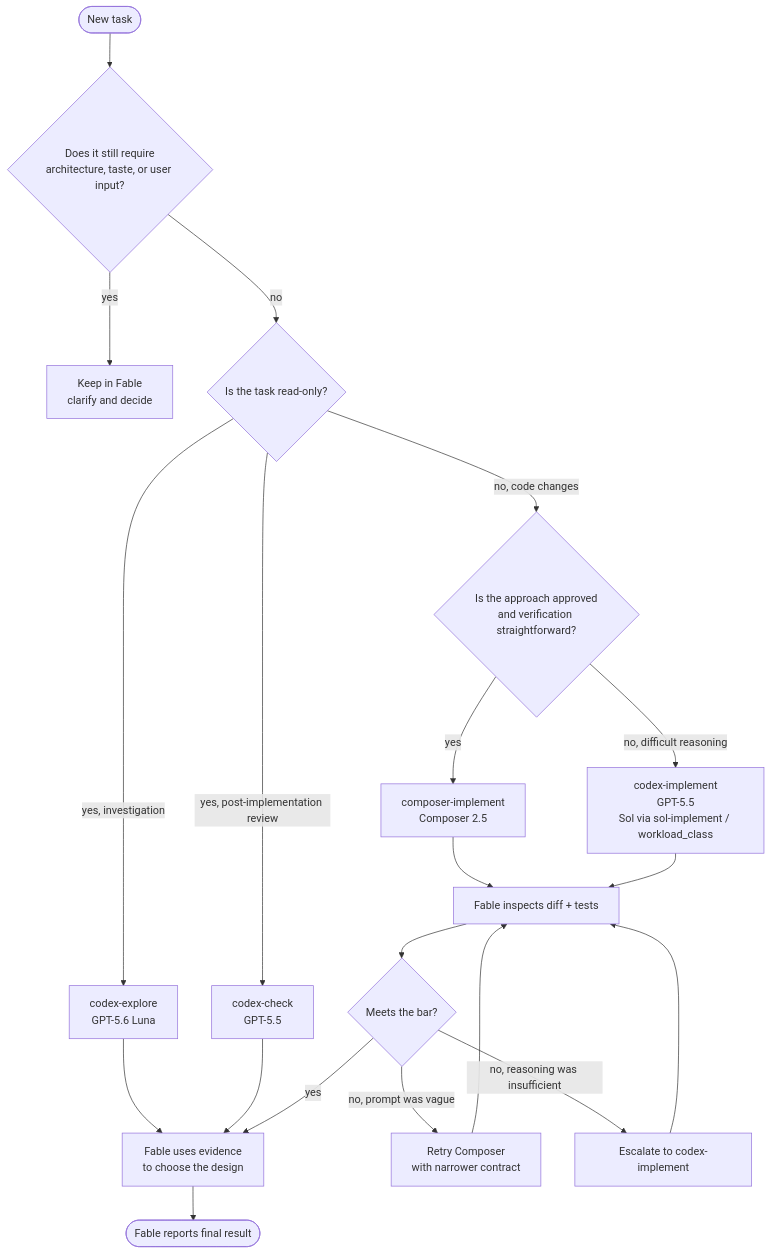
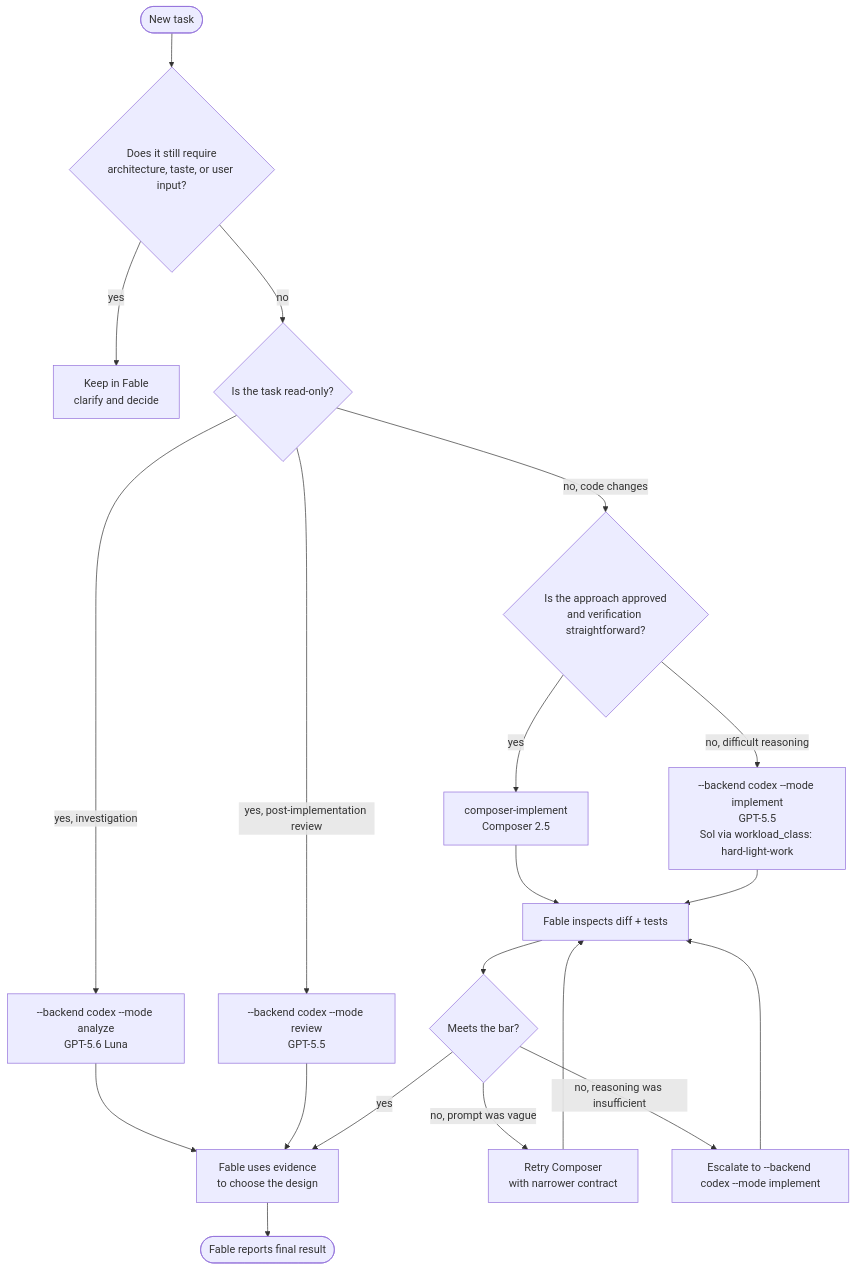
The third of 4 diagrams in docs/diagrams/mermaid.md (andysolomon/arc-orchestrator), drawn with Mermaid before and after one commit. The commit also changed other lines of this file and 55 other files, not shown here.

````diff
--- a/docs/diagrams/mermaid.md
+++ b/docs/diagrams/mermaid.md
@@ -70,26 +70,26 @@
 ```mermaid
 flowchart TD
     Start([New task]) --> Ambiguous{Does it still require<br/>architecture, taste, or user input?}
     Ambiguous -->|yes| Keep["Keep in Fable<br/>clarify and decide"]
     Ambiguous -->|no| ReadOnly{Is the task read-only?}
 
-    ReadOnly -->|yes, investigation| Explore["codex-explore<br/>GPT-5.6 Luna"]
-    ReadOnly -->|yes, post-implementation review| Check["codex-check<br/>GPT-5.5"]
+    ReadOnly -->|yes, investigation| Explore["--backend codex --mode analyze<br/>GPT-5.6 Luna"]
+    ReadOnly -->|yes, post-implementation review| Check["--backend codex --mode review<br/>GPT-5.5"]
     ReadOnly -->|no, code changes| Clear{Is the approach approved<br/>and verification straightforward?}
 
     Clear -->|yes| Composer["composer-implement<br/>Composer 2.5"]
-    Clear -->|no, difficult reasoning| CodexImpl["codex-implement<br/>GPT-5.5<br/>Sol via sol-implement / workload_class"]
+    Clear -->|no, difficult reasoning| CodexImpl["--backend codex --mode implement<br/>GPT-5.5<br/>Sol via workload_class: hard-light-work"]
 
     Composer --> Inspect["Fable inspects diff + tests"]
     CodexImpl --> Inspect
     Explore --> Decide["Fable uses evidence<br/>to choose the design"]
     Check --> Decide
 
     Inspect --> Meets{Meets the bar?}
     Meets -->|yes| Decide
     Meets -->|no, prompt was vague| Retry["Retry Composer<br/>with narrower contract"]
-    Meets -->|no, reasoning was insufficient| Escalate["Escalate to codex-implement"]
+    Meets -->|no, reasoning was insufficient| Escalate["Escalate to --backend codex --mode implement"]
     Retry --> Inspect
     Escalate --> Inspect
     Decide --> Final([Fable reports final result])
 ```
````
